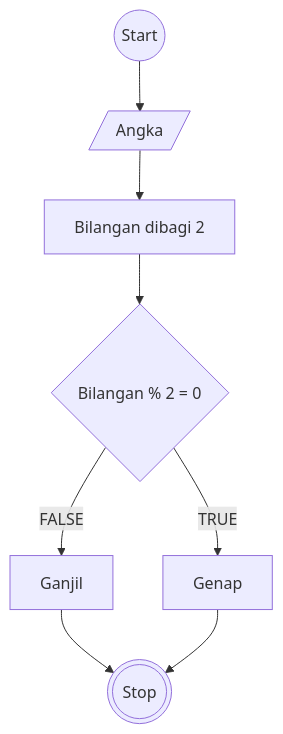
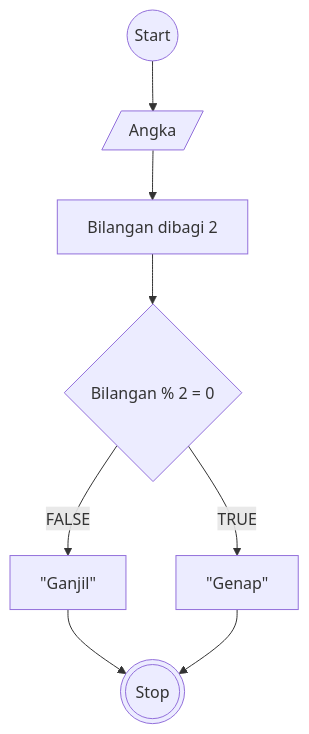
One commit to MohamadDimasPrayoga1010/koda-b4-algoritma changed the diagram in minitask4.md. Above: the diagram before and after it, drawn with Mermaid.

````diff
--- a/minitask4.md
+++ b/minitask4.md
@@ -3,20 +3,20 @@
 ```mermaid
 flowchart TB
 START@{shape: circ, label: "Start"}
 STOP@{shape: dbl-circ, label: "Stop"}
 
 ANGKA@{shape: lean-r, label: "Angka"}
 BIL2@{shape: rect, label: Bilangan dibagi 2}
 BAGI2@{shape: diam, label: Bilangan % 2 = 0}
 
-GENAP@{shape: rect, label: Genap}
-GANJIL@{shape: rect, label: Ganjil}
+GENAP@{shape: rect, label: '"Genap"'}
+GANJIL@{shape: rect, label: '"Ganjil"'}
 
 START-->ANGKA
 ANGKA-->BIL2
 BIL2-->BAGI2
 BAGI2 -- TRUE --> GENAP
 BAGI2 -- FALSE --> GANJIL
 GANJIL-->STOP
 GENAP-->STOP
 ```
````
